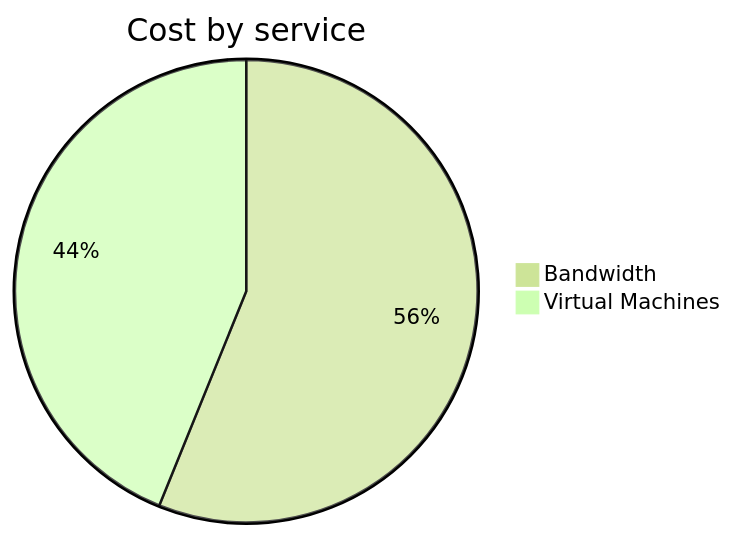
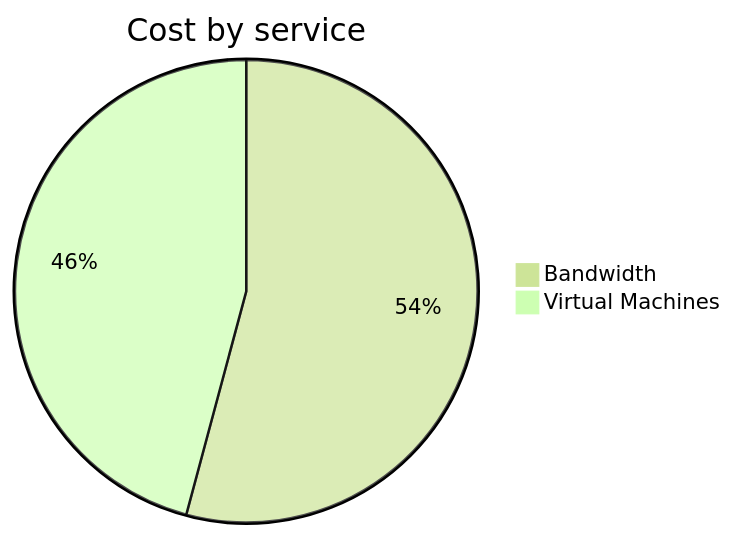
The second of 4 diagrams in cost-reports/personal-network/vpn-server.md (jpfulton/azure-personal-reports), drawn with Mermaid (forest theme) before and after one commit. The commit also changed other lines of this file and 8 other files, not shown here.

````diff
--- a/cost-reports/personal-network/vpn-server.md
+++ b/cost-reports/personal-network/vpn-server.md
@@ -96,6 +96,6 @@
 ```mermaid
 pie
    title Cost by service
    "Bandwidth" : 2.79
-   "Virtual Machines" : 2.18
+   "Virtual Machines" : 2.36
 ```
````
